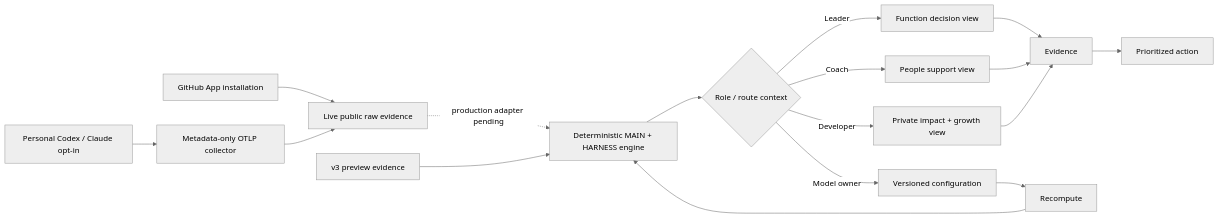
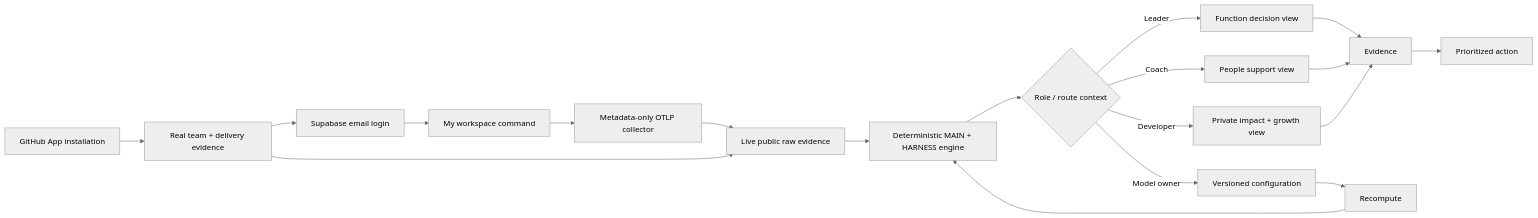
The diagram in docs/ARCHITECTURE_FLOW.md (APareek89/prism_v1), drawn with Mermaid (neutral theme) before and after one commit. The commit also changed other lines of this file and 84 other files, not shown here.

First line of the commit message:
feat: real-user workspace onboarding

````diff
--- a/docs/ARCHITECTURE_FLOW.md
+++ b/docs/ARCHITECTURE_FLOW.md
@@ -5,19 +5,21 @@
 ```mermaid
 flowchart LR
-  K["GitHub App installation"] --> A["Live public raw evidence"]
-  L["Personal Codex / Claude opt-in"] --> M["Metadata-only OTLP collector"]
-  M --> A
-  A -. "production adapter pending" .-> B["Deterministic MAIN + HARNESS engine"]
-  V["v3 preview evidence"] --> B
+  K["GitHub App installation"] --> T["Real team + delivery evidence"]
+  T --> L["Supabase email login"]
+  L --> M["My workspace command"]
+  M --> N["Metadata-only OTLP collector"]
+  N --> A["Live public raw evidence"]
+  T --> A
+  A --> B["Deterministic MAIN + HARNESS engine"]
   B --> C{"Role / route context"}
   C -->|"Leader"| D["Function decision view"]
   C -->|"Coach"| E["People support view"]
   C -->|"Developer"| F["Private impact + growth view"]
   C -->|"Model owner"| G["Versioned configuration"]
   D --> H["Evidence"]
   E --> H
   F --> H
   H --> I["Prioritized action"]
   G --> J["Recompute"]
   J --> B
 ```
````
